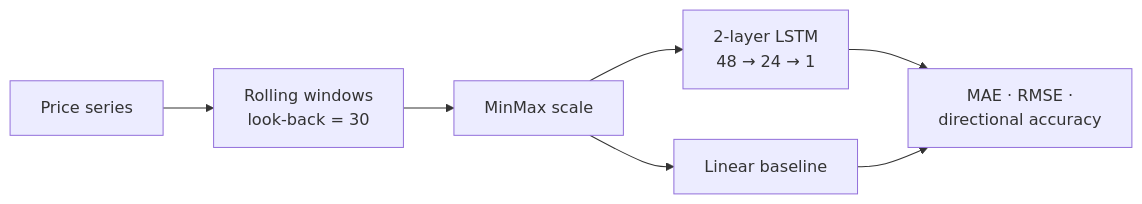
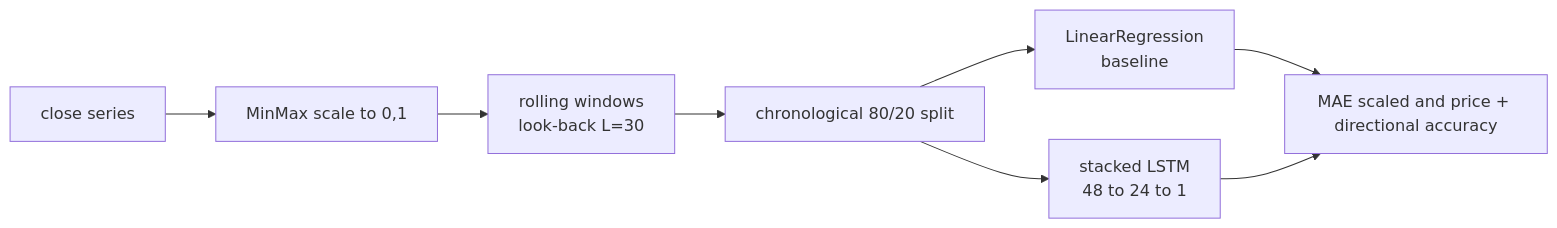
Before and after one commit to adrian-erlikhman/lstm-equity-forecaster: the diagram in README.md, drawn with Mermaid. The commit also changed other lines of this file, not shown here.

Commit message:
Rewrite README: rigorous technical spec (model math, architecture, metrics, reproducible results, limitations); drop marketing tone

````diff
--- a/README.md
+++ b/README.md
@@ -7,9 +7,10 @@
 ```mermaid
 flowchart LR
-    A[Price series] --> B[Rolling windows<br/>look-back = 30]
-    B --> C[MinMax scale]
-    C --> D[2-layer LSTM<br/>48 → 24 → 1]
-    C --> E[Linear baseline]
-    D --> F[MAE · RMSE ·<br/>directional accuracy]
-    E --> F
+    P[close series] --> Sc[MinMax scale to 0,1]
+    Sc --> W[rolling windows<br/>look-back L=30]
+    W --> Sp[chronological 80/20 split]
+    Sp --> B[LinearRegression<br/>baseline]
+    Sp --> N[stacked LSTM<br/>48 to 24 to 1]
+    B --> E[MAE scaled and price + directional accuracy]
+    N --> E
 ```
````
